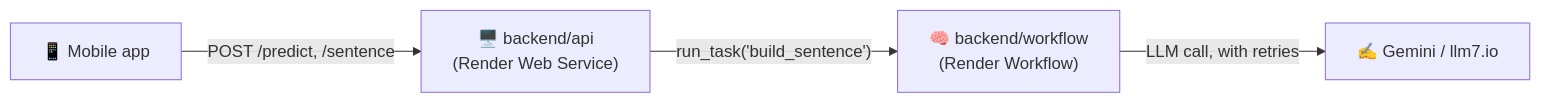
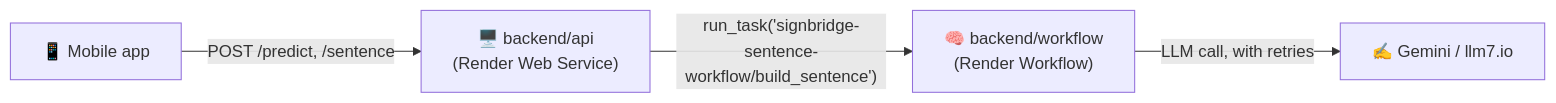
One commit to arslan-ahm/SignBridge changed the diagram in backend/README.md. Above: the diagram before and after it, drawn with Mermaid. The commit also changed other lines of this file, not shown here.

Commit message:
Update backend/README.md with real URLs, task slug format, and the /predict memory limitation

````diff
--- a/backend/README.md
+++ b/backend/README.md
@@ -5,6 +8,6 @@
 ```mermaid
 flowchart LR
     Mobile["📱 Mobile app"] -->|"POST /predict, /sentence"| API["🖥️ backend/api\n(Render Web Service)"]
-    API -->|"run_task('build_sentence')"| WF["🧠 backend/workflow\n(Render Workflow)"]
+    API -->|"run_task('signbridge-sentence-workflow/build_sentence')"| WF["🧠 backend/workflow\n(Render Workflow)"]
     WF -->|"LLM call, with retries"| LLM["✍️ Gemini / llm7.io"]
 ```
````
